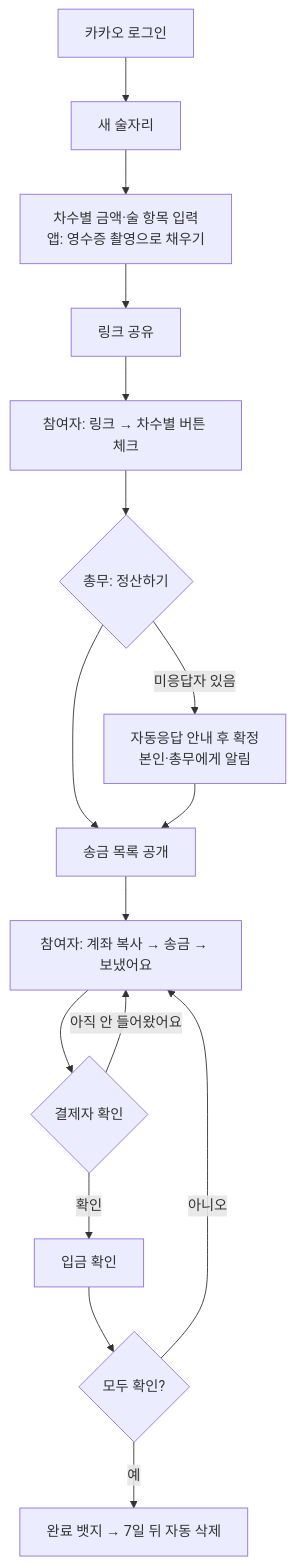
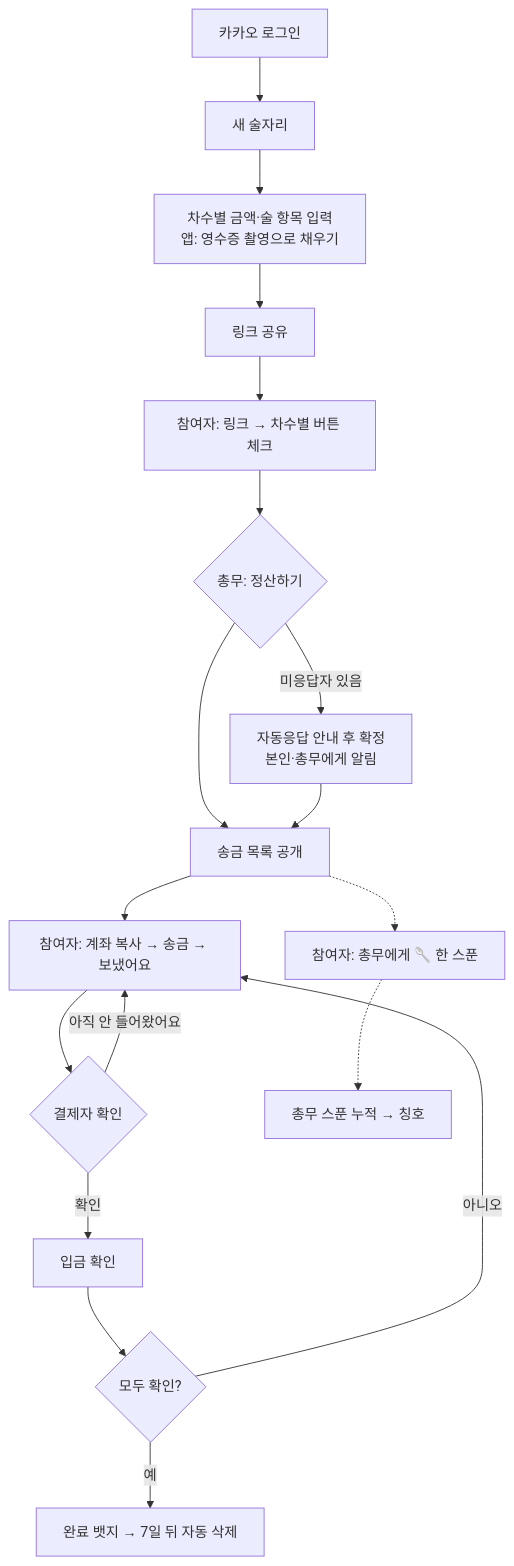
Before and after one commit to owencity/jungsan_attack: the first of 3 diagrams in docs/REQUIREMENTS.md, drawn with Mermaid. The commit also changed other lines of this file and 6 other files, not shown here.

````diff
--- a/docs/REQUIREMENTS.md
+++ b/docs/REQUIREMENTS.md
@@ -125,18 +136,20 @@
 ```mermaid
 flowchart TD
     A[카카오 로그인] --> B[새 술자리]
     B --> C[차수별 금액·술 항목 입력<br/>앱: 영수증 촬영으로 채우기]
     C --> D[링크 공유]
     D --> E[참여자: 링크 → 차수별 버튼 체크]
     E --> F{총무: 정산하기}
     F -->|미응답자 있음| G[자동응답 안내 후 확정<br/>본인·총무에게 알림]
     F --> H[송금 목록 공개]
     G --> H
     H --> I[참여자: 계좌 복사 → 송금 → 보냈어요]
     I --> J{결제자 확인}
     J -->|확인| K[입금 확인]
     J -->|아직 안 들어왔어요| I
     K --> L{모두 확인?}
     L -->|아니오| I
     L -->|예| M[완료 뱃지 → 7일 뒤 자동 삭제]
+    H -.-> N[참여자: 총무에게 🥄 한 스푼]
+    N -.-> O[총무 스푼 누적 → 칭호]
 ```
````
